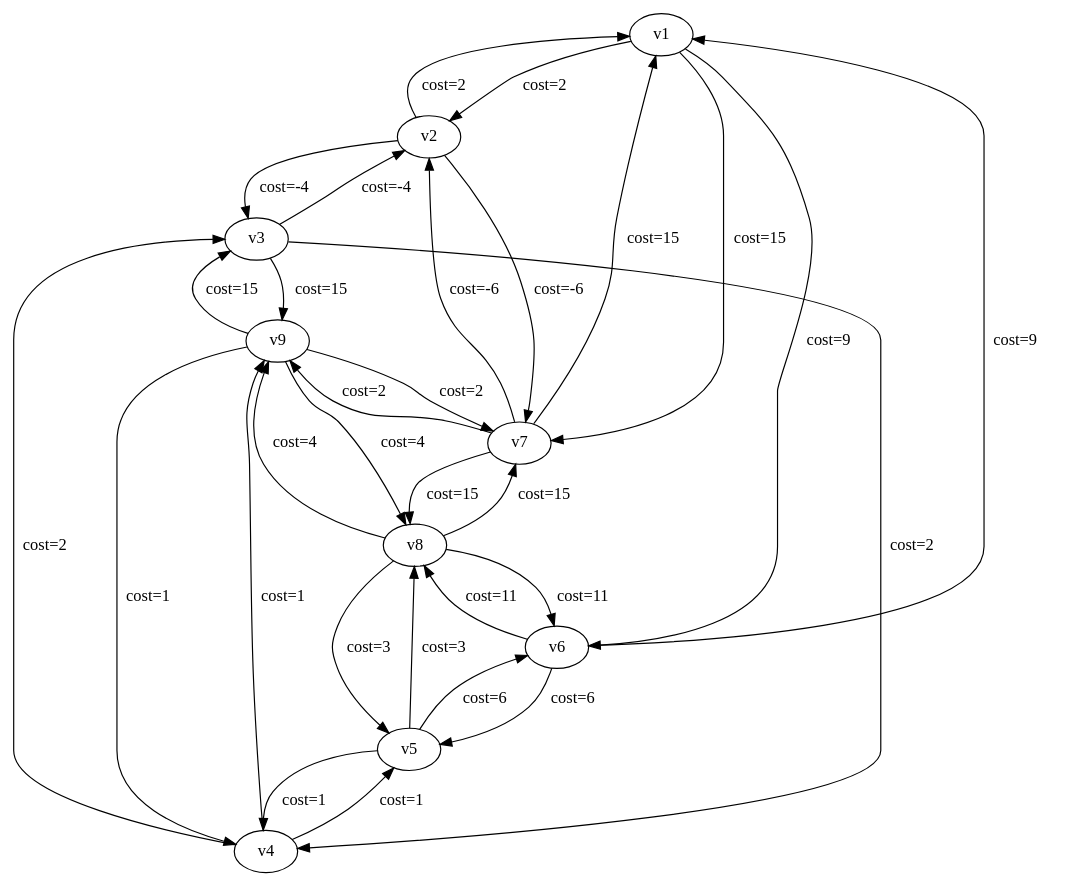
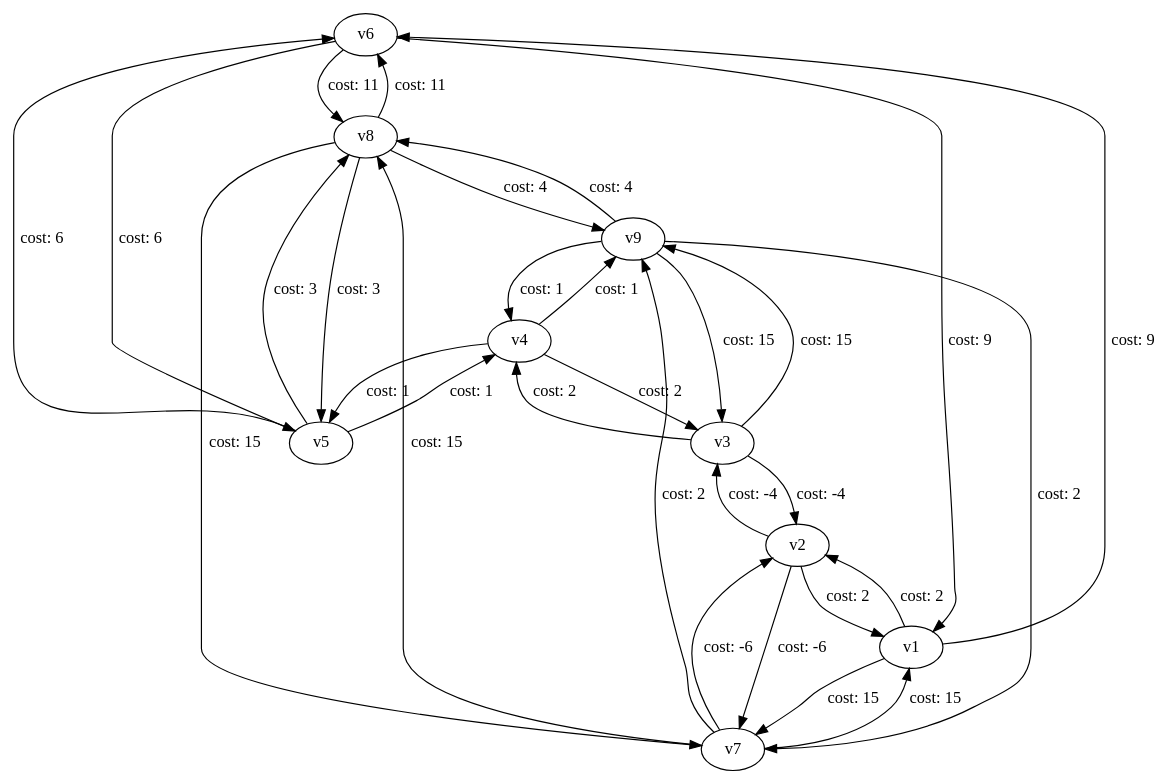
One commit to MaxPower9001/B-AI3GKAP changed the diagram in io/graph_04.dot. Above: the diagram before and after it, drawn with Graphviz. The commit also changed 41 other files, not shown here.

```diff
--- a/io/graph_04.dot
+++ b/io/graph_04.dot
@@ -1,42 +1,41 @@
-digraph graph_04
-{
-v1
-v2
-v6
-v7
-v3
-v4
-v9
-v5
-v8
-v1 -> v2 [label="cost=2  "]
-v1 -> v6 [label="cost=9  "]
-v1 -> v7 [label="cost=15  "]
-v2 -> v1 [label="cost=2  "]
-v2 -> v7 [label="cost=-6  "]
-v2 -> v3 [label="cost=-4  "]
-v6 -> v1 [label="cost=9  "]
-v6 -> v5 [label="cost=6  "]
-v6 -> v8 [label="cost=11  "]
-v7 -> v1 [label="cost=15  "]
-v7 -> v2 [label="cost=-6  "]
-v7 -> v9 [label="cost=2  "]
-v7 -> v8 [label="cost=15  "]
-v3 -> v2 [label="cost=-4  "]
-v3 -> v4 [label="cost=2  "]
-v3 -> v9 [label="cost=15  "]
-v4 -> v3 [label="cost=2  "]
-v4 -> v9 [label="cost=1  "]
-v4 -> v5 [label="cost=1  "]
-v9 -> v7 [label="cost=2  "]
-v9 -> v3 [label="cost=15  "]
-v9 -> v4 [label="cost=1  "]
-v9 -> v8 [label="cost=4  "]
-v5 -> v6 [label="cost=6  "]
-v5 -> v4 [label="cost=1  "]
-v5 -> v8 [label="cost=3  "]
-v8 -> v6 [label="cost=11  "]
-v8 -> v7 [label="cost=15  "]
-v8 -> v9 [label="cost=4  "]
-v8 -> v5 [label="cost=3  "]
+digraph G {
+	v6 -> v8 [label="cost: 11"];
+	v6 -> v1 [label="cost: 9"];
+	v6 -> v5 [label="cost: 6"];
+	v7 -> v8 [label="cost: 15"];
+	v7 -> v9 [label="cost: 2"];
+	v7 -> v1 [label="cost: 15"];
+	v7 -> v2 [label="cost: -6"];
+	v8 -> v6 [label="cost: 11"];
+	v8 -> v7 [label="cost: 15"];
+	v8 -> v9 [label="cost: 4"];
+	v8 -> v5 [label="cost: 3"];
+	v9 -> v7 [label="cost: 2"];
+	v9 -> v8 [label="cost: 4"];
+	v9 -> v3 [label="cost: 15"];
+	v9 -> v4 [label="cost: 1"];
+	v1 -> v6 [label="cost: 9"];
+	v1 -> v7 [label="cost: 15"];
+	v1 -> v2 [label="cost: 2"];
+	v2 -> v7 [label="cost: -6"];
+	v2 -> v1 [label="cost: 2"];
+	v2 -> v3 [label="cost: -4"];
+	v3 -> v9 [label="cost: 15"];
+	v3 -> v2 [label="cost: -4"];
+	v3 -> v4 [label="cost: 2"];
+	v4 -> v9 [label="cost: 1"];
+	v4 -> v3 [label="cost: 2"];
+	v4 -> v5 [label="cost: 1"];
+	v5 -> v6 [label="cost: 6"];
+	v5 -> v8 [label="cost: 3"];
+	v5 -> v4 [label="cost: 1"];
+	v6 [label="v6"];
+	v7 [label="v7"];
+	v8 [label="v8"];
+	v9 [label="v9"];
+	v1 [label="v1"];
+	v2 [label="v2"];
+	v3 [label="v3"];
+	v4 [label="v4"];
+	v5 [label="v5"];
 }
```
